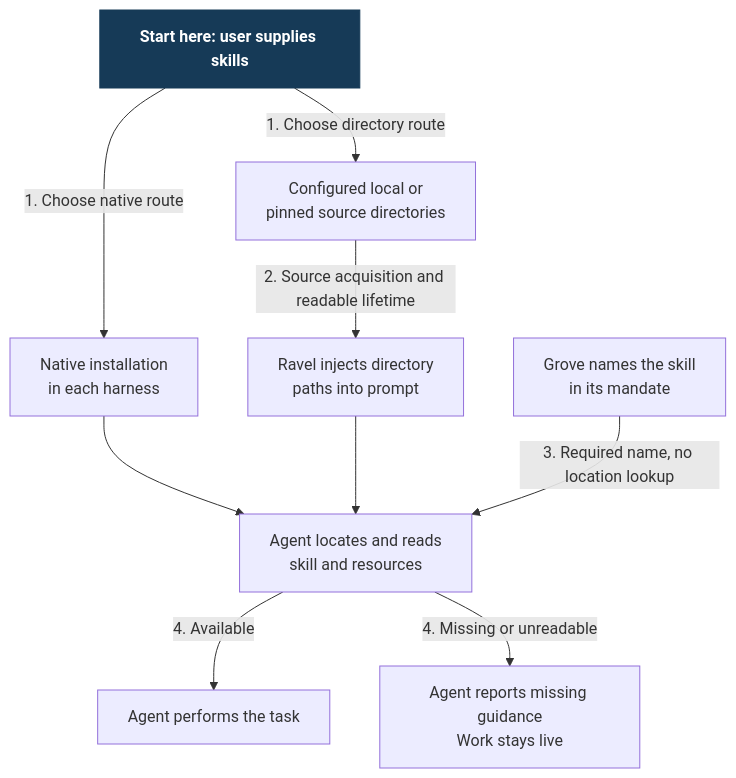
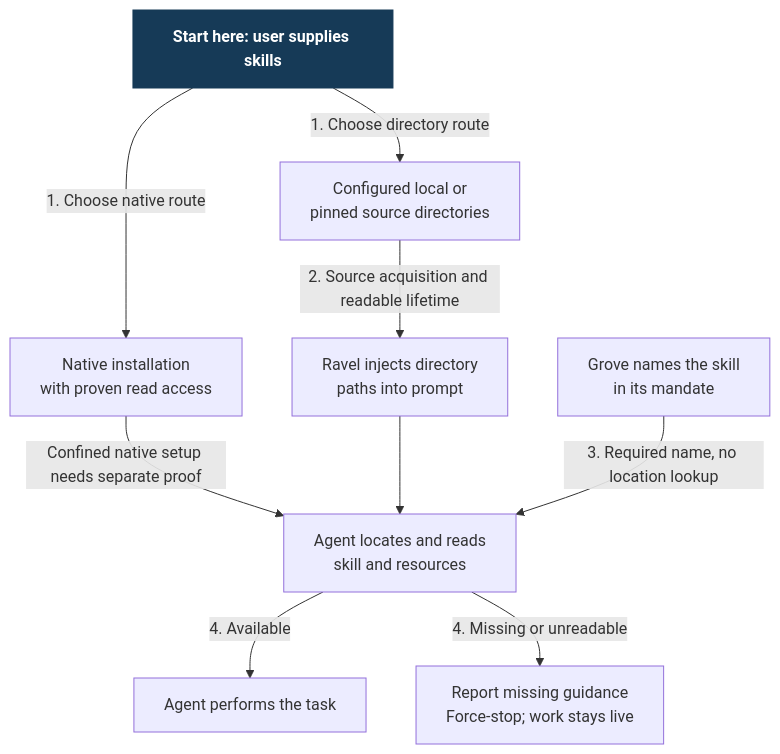
Before and after one commit to Linkuistics/grove: the diagram in docs/design/harness-selection-and-execution/skill-delivery.mmd, drawn with Mermaid. The commit also changed 17 other files, not shown here.

```diff
--- a/docs/design/harness-selection-and-execution/skill-delivery.mmd
+++ b/docs/design/harness-selection-and-execution/skill-delivery.mmd
@@ -1,18 +1,18 @@
 flowchart TB
   Owner["Start here: user supplies skills"]:::start
-  Native["Native installation<br/>in each harness"]
+  Native["Native installation<br/>with proven read access"]
   Sources["Configured local or<br/>pinned source directories"]
   Ravel["Ravel injects directory<br/>paths into prompt"]
   Grove["Grove names the skill<br/>in its mandate"]
   Agent["Agent locates and reads<br/>skill and resources"]
-  Missing["Agent reports missing guidance<br/>Work stays live"]
+  Missing["Report missing guidance<br/>Force-stop; work stays live"]
   Work["Agent performs the task"]
   Owner -->|"1. Choose native route"| Native
   Owner -->|"1. Choose directory route"| Sources
   Sources -->|"2. Source acquisition and readable lifetime"| Ravel
-  Native --> Agent
+  Native -->|"Confined native setup needs separate proof"| Agent
   Ravel --> Agent
   Grove -->|"3. Required name, no location lookup"| Agent
   Agent -->|"4. Available"| Work
   Agent -->|"4. Missing or unreadable"| Missing
   classDef start fill:#163a57,color:#fff,stroke:#163a57,font-weight:bold
```
